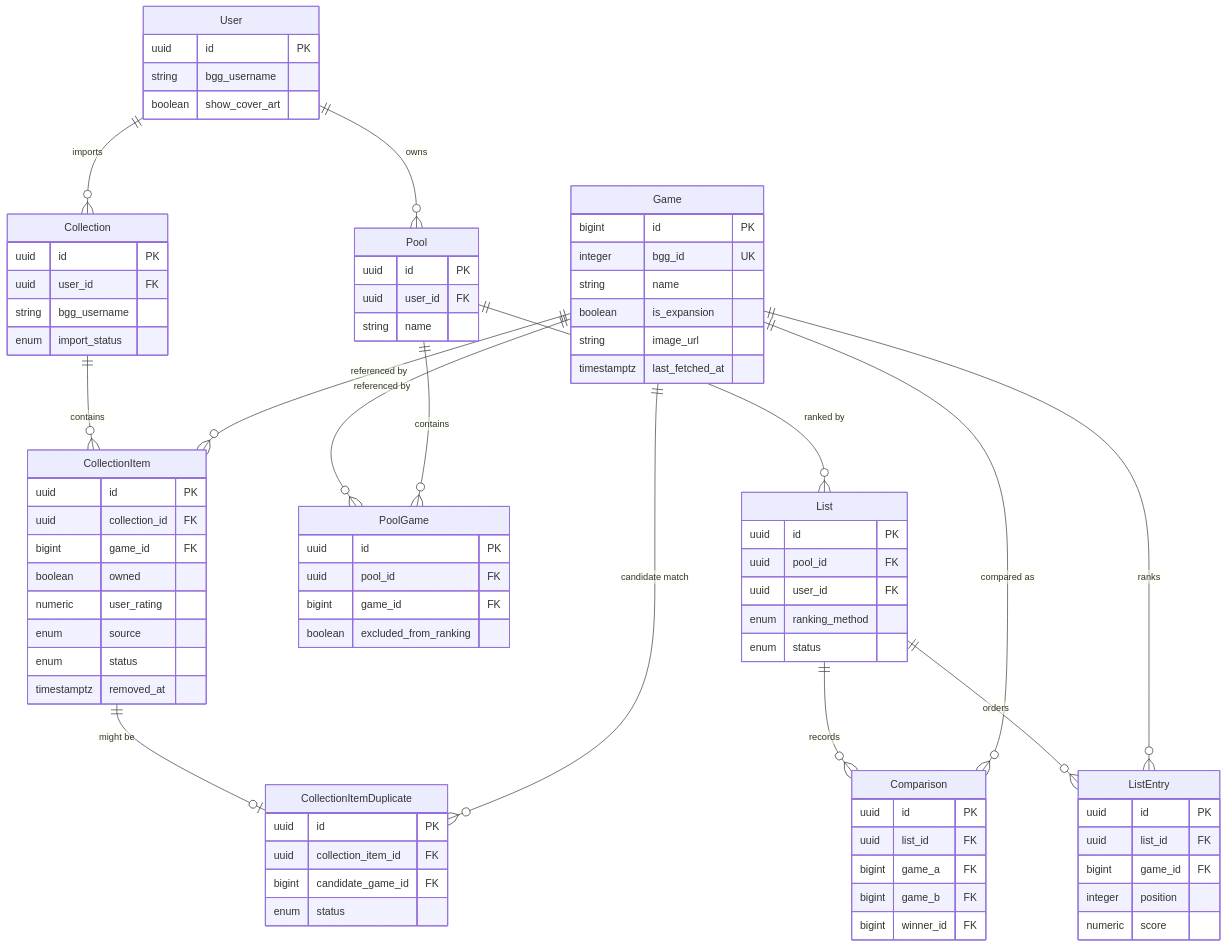
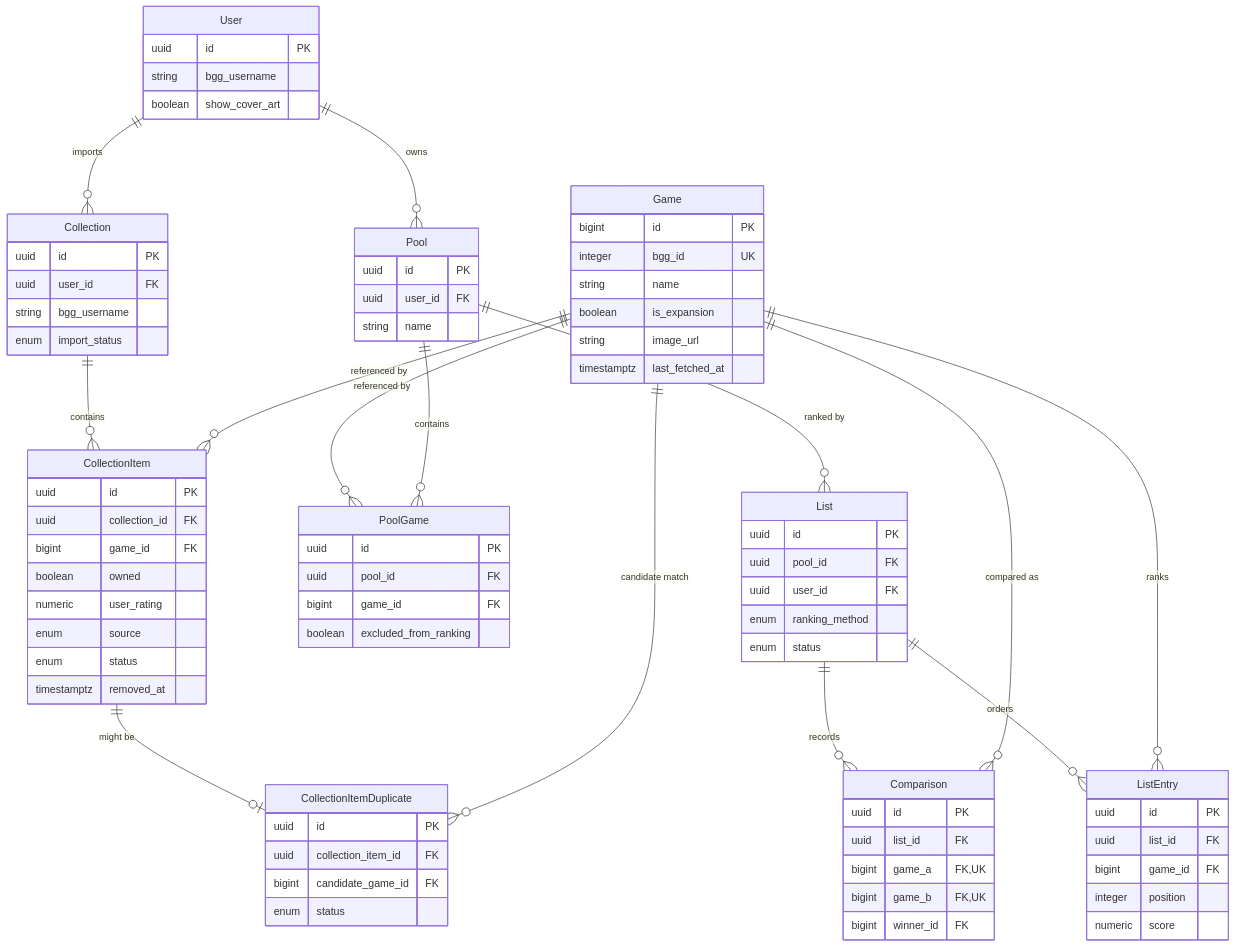
The first of 3 diagrams in README.md (moui72/yet-another-rank-games), drawn with Mermaid before and after one commit. The commit also changed other lines of this file and 6 other files, not shown here.

```diff
--- a/README.md
+++ b/README.md
@@ -135,8 +135,8 @@
     Comparison {
         uuid id PK
         uuid list_id FK
-        bigint game_a FK
-        bigint game_b FK
+        bigint game_a FK,UK
+        bigint game_b FK,UK
         bigint winner_id FK
     }
     ListEntry {
```
